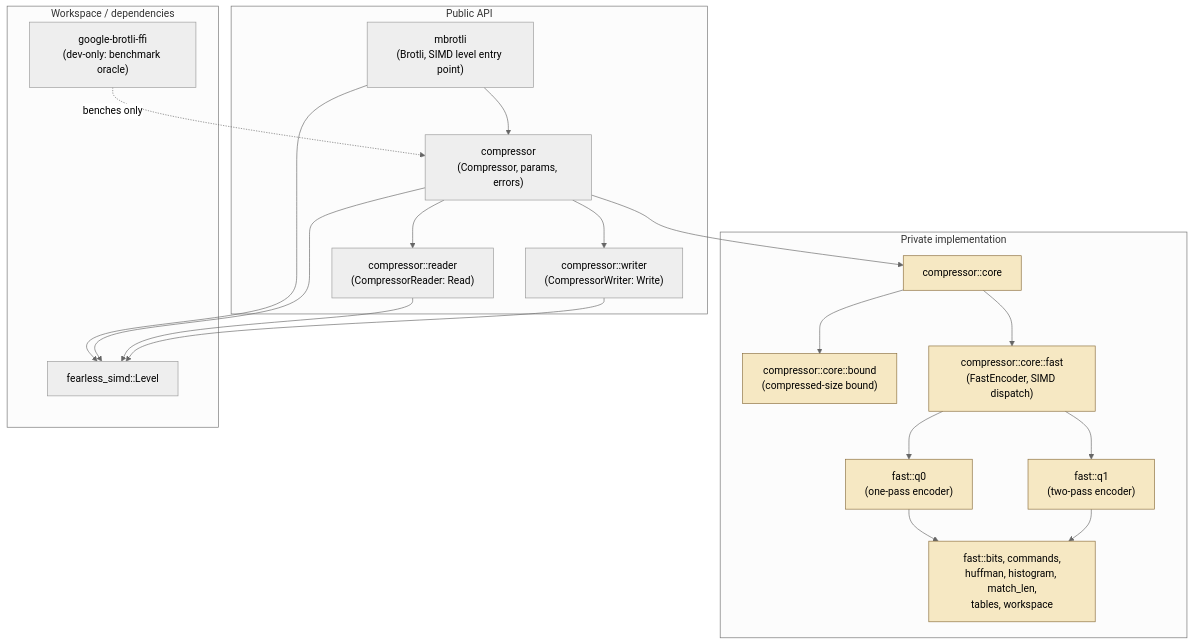
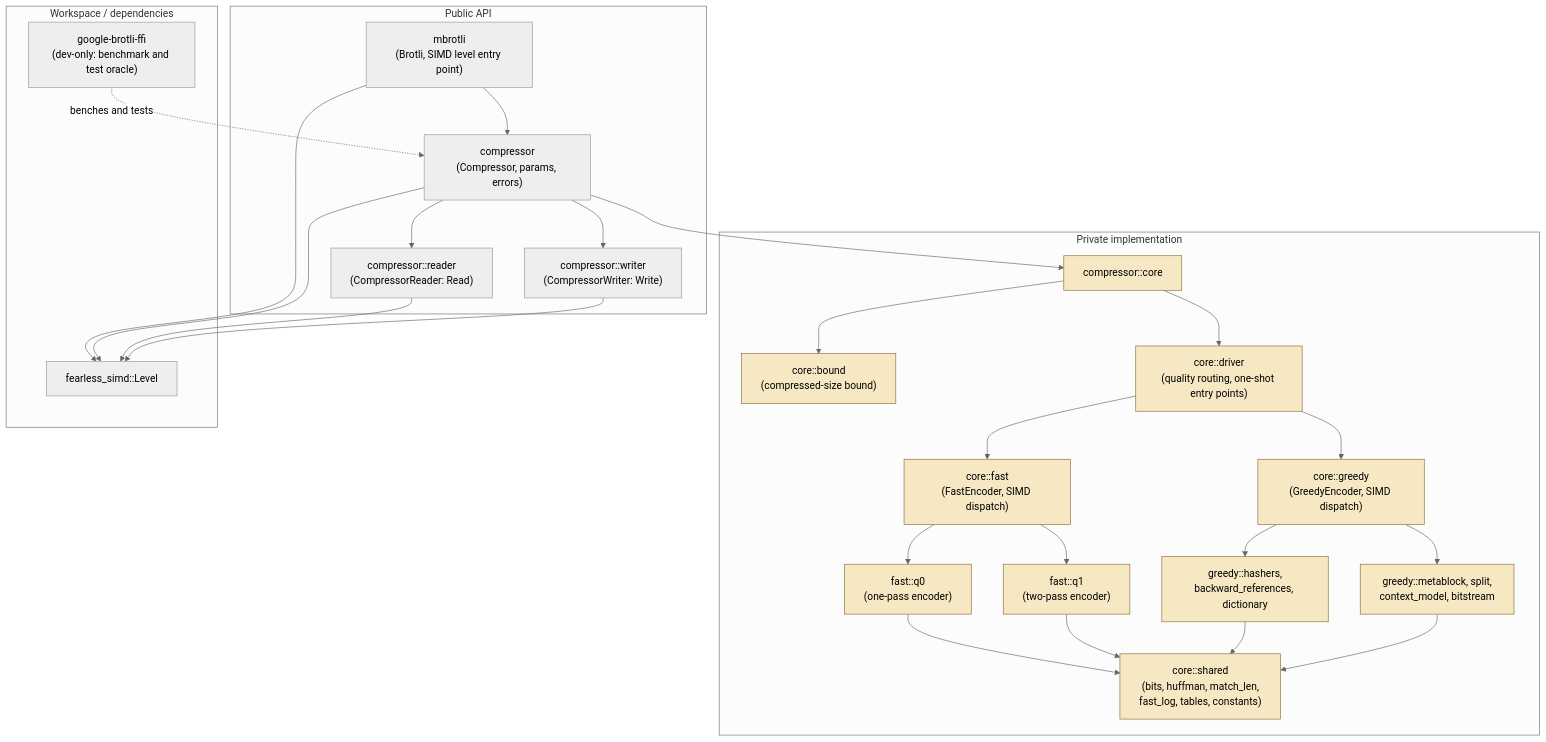
One commit to Mnwa/mbrotli changed the diagram in architecture/README.md. Above: the diagram before and after it, drawn with Mermaid (neutral theme). The commit also changed other lines of this file and 84 other files, not shown here.

````diff
--- a/architecture/README.md
+++ b/architecture/README.md
@@ -18,42 +19,52 @@
 ```mermaid
 graph TD
     subgraph public["Public API"]
         lib["mbrotli<br/>(Brotli, SIMD level entry point)"]
         comp["compressor<br/>(Compressor, params, errors)"]
         reader["compressor::reader<br/>(CompressorReader: Read)"]
         writer["compressor::writer<br/>(CompressorWriter: Write)"]
     end
 
     subgraph private["Private implementation"]
         core["compressor::core"]
-        bound["compressor::core::bound<br/>(compressed-size bound)"]
-        fast["compressor::core::fast<br/>(FastEncoder, SIMD dispatch)"]
+        bound["core::bound<br/>(compressed-size bound)"]
+        driver["core::driver<br/>(quality routing, one-shot entry points)"]
+        shared["core::shared<br/>(bits, huffman, match_len,<br/>fast_log, tables, constants)"]
+        fast["core::fast<br/>(FastEncoder, SIMD dispatch)"]
         q0["fast::q0<br/>(one-pass encoder)"]
         q1["fast::q1<br/>(two-pass encoder)"]
-        shared["fast::bits, commands,<br/>huffman, histogram, match_len,<br/>tables, workspace"]
+        greedy["core::greedy<br/>(GreedyEncoder, SIMD dispatch)"]
+        gsearch["greedy::hashers,<br/>backward_references, dictionary"]
+        gblock["greedy::metablock, split,<br/>context_model, bitstream"]
     end
 
     subgraph external["Workspace / dependencies"]
         simd["fearless_simd::Level"]
-        ffi["google-brotli-ffi<br/>(dev-only: benchmark oracle)"]
+        ffi["google-brotli-ffi<br/>(dev-only: benchmark and test oracle)"]
     end
 
     lib --> comp
     comp --> reader
     comp --> writer
     comp --> core
     core --> bound
-    core --> fast
+    core --> driver
+    driver --> fast
+    driver --> greedy
     fast --> q0
     fast --> q1
+    greedy --> gsearch
+    greedy --> gblock
     q0 --> shared
     q1 --> shared
+    gsearch --> shared
+    gblock --> shared
     lib --> simd
     comp --> simd
     reader --> simd
     writer --> simd
-    ffi -.->|benches only| comp
+    ffi -.->|benches and tests| comp
 
     classDef privateNode fill:#f6e8c3,stroke:#8a6d3b;
-    class core,bound,fast,q0,q1,shared privateNode;
+    class core,bound,driver,shared,fast,q0,q1,greedy,gsearch,gblock privateNode;
 ```
````
